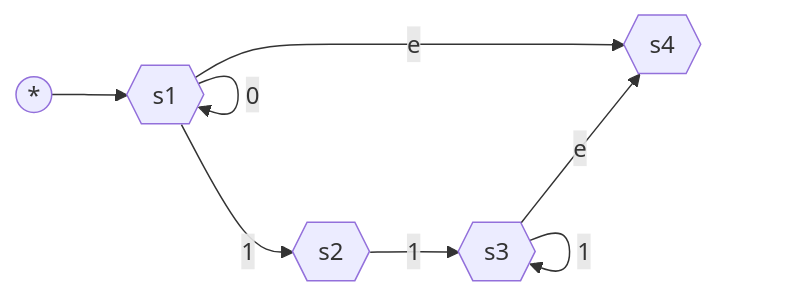
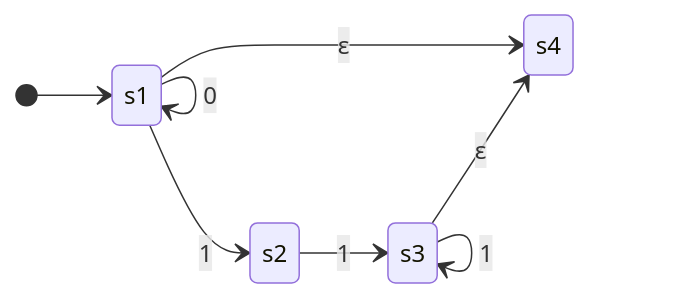
One commit to aarnphm/aarnphm.github.io changed the fourth of 4 diagrams in content/thoughts/university/twenty-three-twenty-four/sfwr-2fa3/NFA.md. Above: the diagram before and after it, drawn with Mermaid. The commit also changed other lines of this file and 30 other files, not shown here.

````diff
--- a/content/thoughts/university/twenty-three-twenty-four/sfwr-2fa3/NFA.md
+++ b/content/thoughts/university/twenty-three-twenty-four/sfwr-2fa3/NFA.md
@@ -73,8 +77,11 @@
 ```mermaid
-graph LR
-
-  s((*)) --> s1{{s1}} --"1"--> s2{{s2}} --"1"--> s3{{s3}} --"e"--> s4{{s4}}
-  s1{{s1}} --"e"--> s4{{s4}}
-  s1{{s1}} --"0"--> s1{{s1}}
-  s3{{s3}} --"1"--> s3{{s3}}
+stateDiagram-v2
+  direction LR
+  [*] --> s1
+  s1 --> s2: 1
+  s2 --> s3: 1
+  s3 --> s4: ε
+  s1 --> s4: ε
+  s1 --> s1: 0
+  s3 --> s3: 1
 ```
````
